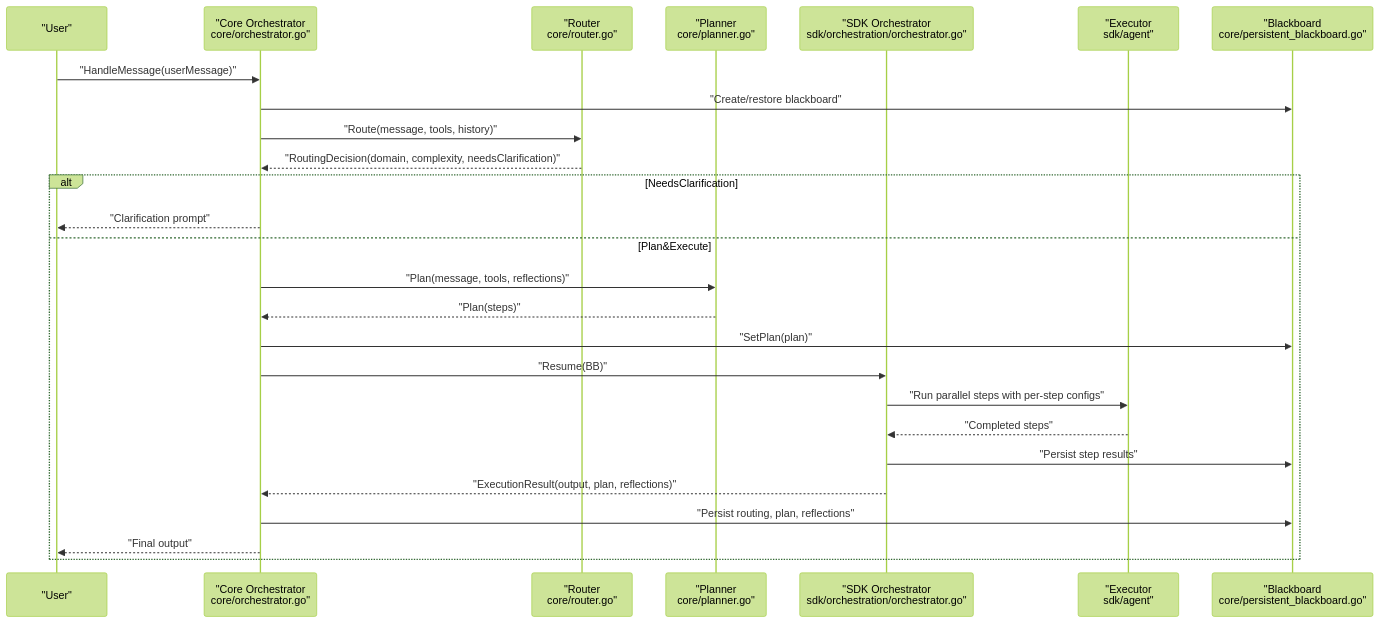
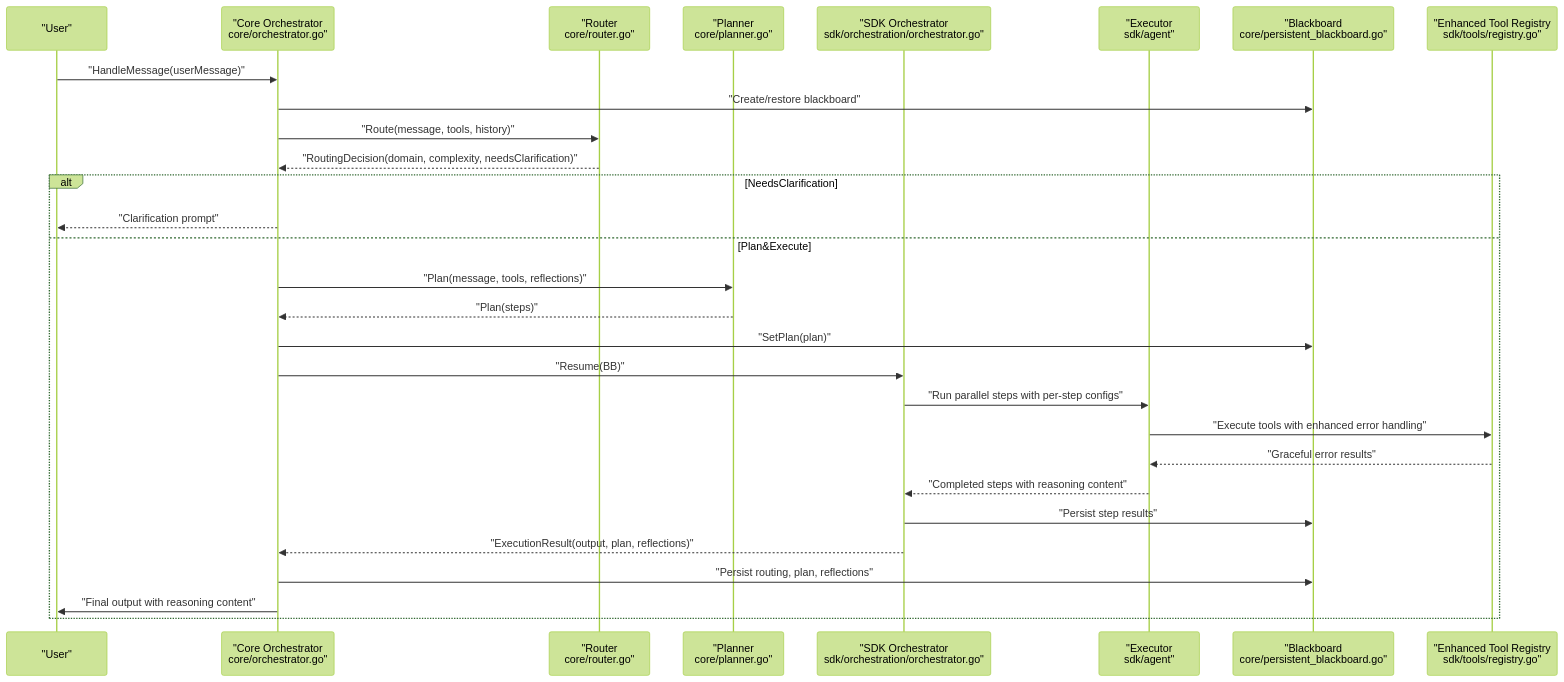
The second of 13 diagrams in .qoder/repowiki/en/content/Core AI Engine/Core AI Engine.md (v0lka/c0wrk), drawn with Mermaid (forest theme) before and after one commit. The commit also changed other lines of this file and 3 other files, not shown here.

````diff
--- a/.qoder/repowiki/en/content/Core AI Engine/Core AI Engine.md
+++ b/.qoder/repowiki/en/content/Core AI Engine/Core AI Engine.md
@@ -140,28 +156,31 @@
 ```mermaid
 sequenceDiagram
 participant User as "User"
 participant Orchestrator as "Core Orchestrator<br/>core/orchestrator.go"
 participant Router as "Router<br/>core/router.go"
 participant Planner as "Planner<br/>core/planner.go"
 participant SDK as "SDK Orchestrator<br/>sdk/orchestration/orchestrator.go"
 participant Exec as "Executor<br/>sdk/agent"
 participant BB as "Blackboard<br/>core/persistent_blackboard.go"
+participant Registry as "Enhanced Tool Registry<br/>sdk/tools/registry.go"
 User->>Orchestrator : "HandleMessage(userMessage)"
 Orchestrator->>BB : "Create/restore blackboard"
 Orchestrator->>Router : "Route(message, tools, history)"
 Router-->>Orchestrator : "RoutingDecision(domain, complexity, needsClarification)"
 alt NeedsClarification
 Orchestrator-->>User : "Clarification prompt"
 else Plan&Execute
 Orchestrator->>Planner : "Plan(message, tools, reflections)"
 Planner-->>Orchestrator : "Plan(steps)"
 Orchestrator->>BB : "SetPlan(plan)"
 Orchestrator->>SDK : "Resume(BB)"
 SDK->>Exec : "Run parallel steps with per-step configs"
-Exec-->>SDK : "Completed steps"
+Exec->>Registry : "Execute tools with enhanced error handling"
+Registry-->>Exec : "Graceful error results"
+Exec-->>SDK : "Completed steps with reasoning content"
 SDK->>BB : "Persist step results"
 SDK-->>Orchestrator : "ExecutionResult(output, plan, reflections)"
 Orchestrator->>BB : "Persist routing, plan, reflections"
-Orchestrator-->>User : "Final output"
+Orchestrator->>User : "Final output with reasoning content"
 end
 ```
````
